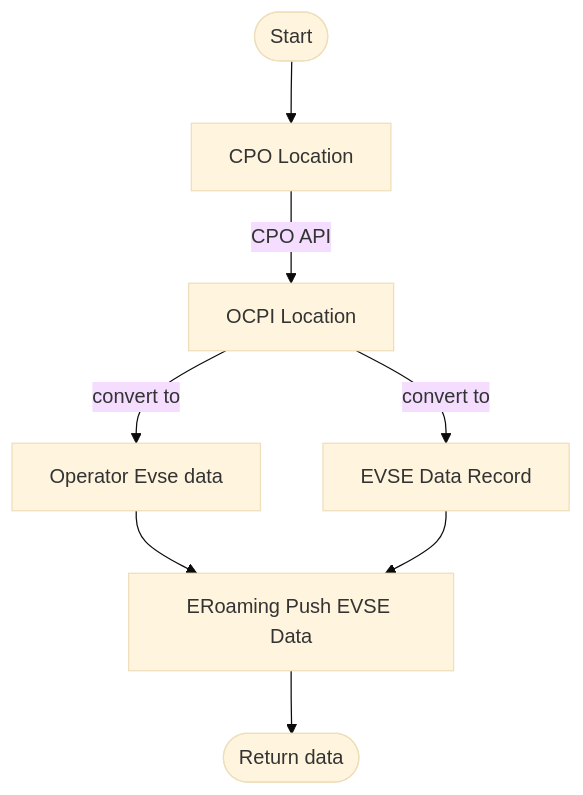
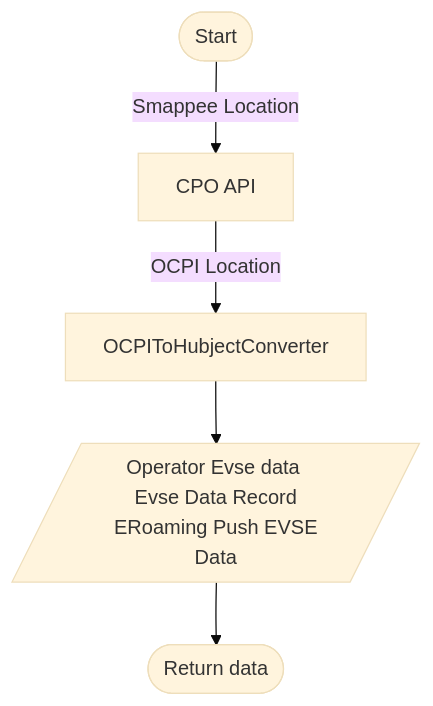
One commit to erkkiat/ocpi changed the first of 2 diagrams in integrations/ReadMe.md. Above: the diagram before and after it, drawn with Mermaid (base theme). The commit also changed other lines of this file, not shown here.

Commit message:
Fix the flowcharts

````diff
--- a/integrations/ReadMe.md
+++ b/integrations/ReadMe.md
@@ -11,12 +11,9 @@
 ```mermaid
 
 graph TD
-    Start([Start]) --> A[CPO Location]
-    A -->|CPO API| B[OCPI Location]
-    B -->|convert to| C[Operator Evse data]
-    B -->|convert to| D[EVSE Data Record]
-    C --> E[ERoaming Push EVSE Data]
-    D --> E
-    E --> End([Return data])
+    Start([Start]) -->|Smappee Location| A[CPO API]
+    A -->|OCPI Location|C[OCPIToHubjectConverter]
+    C -->D[/Operator Evse data <br> Evse Data Record <br> ERoaming Push EVSE Data /]
+    D --> End([Return data])
     
 ```
````
